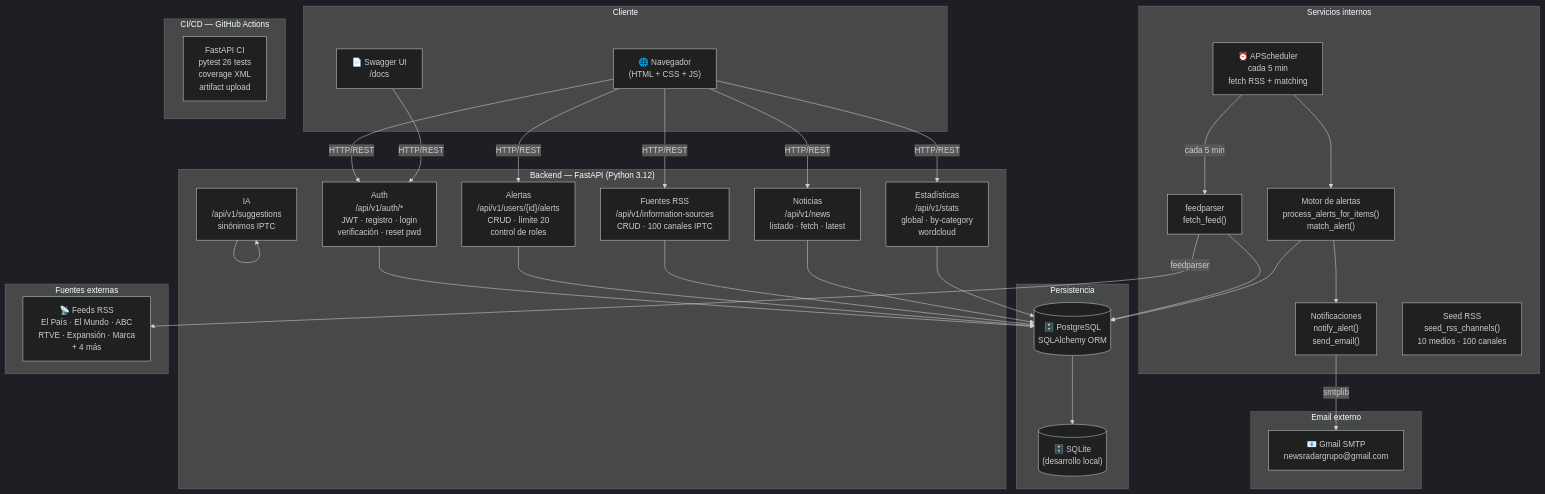
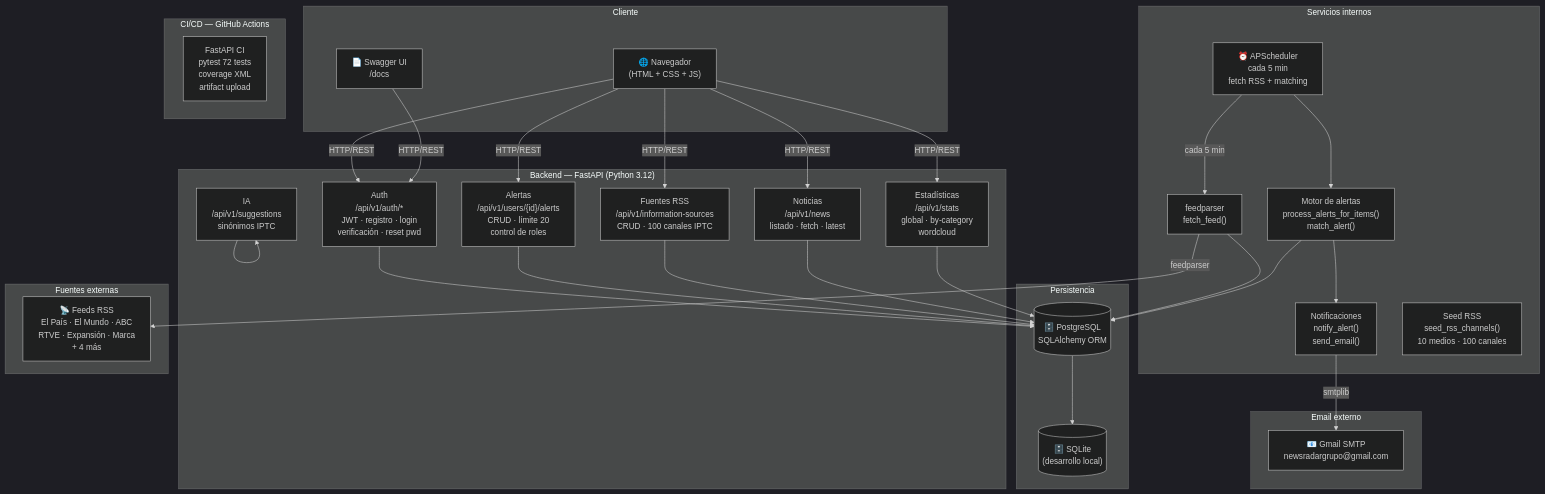
One commit to devops-uc3m-grupo2-org/devops_uc3m_grupo2 changed the first of 4 diagrams in docs/arquitectura.md. Above: the diagram before and after it, drawn with Mermaid (dark theme). The commit also changed 3 other files, not shown here.

````diff
--- a/docs/arquitectura.md
+++ b/docs/arquitectura.md
@@ -5,65 +5,65 @@
 ```mermaid
 graph TB
     subgraph Cliente
         Browser["🌐 Navegador\n(HTML + CSS + JS)"]
         Swagger["📄 Swagger UI\n/docs"]
     end
 
     subgraph API["Backend — FastAPI (Python 3.12)"]
         Auth["Auth\n/api/v1/auth/*\nJWT · registro · login\nverificación · reset pwd"]
         Alerts["Alertas\n/api/v1/users/{id}/alerts\nCRUD · límite 20\ncontrol de roles"]
         Sources["Fuentes RSS\n/api/v1/information-sources\nCRUD · 100 canales IPTC"]
         News["Noticias\n/api/v1/news\nlistado · fetch · latest"]
         Stats["Estadísticas\n/api/v1/stats\nglobal · by-category\nwordcloud"]
         AI["IA\n/api/v1/suggestions\nsinónimos IPTC"]
     end
 
     subgraph Servicios["Servicios internos"]
         Scheduler["⏰ APScheduler\ncada 5 min\nfetch RSS + matching"]
         Fetcher["feedparser\nfetch_feed()"]
         AlertLogic["Motor de alertas\nprocess_alerts_for_items()\nmatch_alert()"]
         Notifier["Notificaciones\nnotify_alert()\nsend_email()"]
         Seed["Seed RSS\nseed_rss_channels()\n10 medios · 100 canales"]
     end
 
     subgraph Datos["Persistencia"]
         DB[("🗄️ PostgreSQL\nSQLAlchemy ORM")]
         SQLite[("🗄️ SQLite\n(desarrollo local)")]
     end
 
     subgraph Email["Email externo"]
         SMTP["📧 Gmail SMTP\nnewsradargrupo@gmail.com"]
     end
 
     subgraph RSS["Fuentes externas"]
         Feeds["📡 Feeds RSS\nEl País · El Mundo · ABC\nRTVE · Expansión · Marca\n+ 4 más"]
     end
 
     subgraph CI["CI/CD — GitHub Actions"]
-        Pipeline["FastAPI CI\npytest 26 tests\ncoverage XML\nartifact upload"]
+        Pipeline["FastAPI CI\npytest 72 tests\ncoverage XML\nartifact upload"]
     end
 
     Browser -->|HTTP/REST| Auth
     Browser -->|HTTP/REST| Alerts
     Browser -->|HTTP/REST| Sources
     Browser -->|HTTP/REST| News
     Browser -->|HTTP/REST| Stats
     Swagger -->|HTTP/REST| Auth
 
     Auth --> DB
     Alerts --> DB
     Sources --> DB
     News --> DB
     Stats --> DB
     AI --> AI
 
     Scheduler -->|cada 5 min| Fetcher
     Fetcher -->|feedparser| Feeds
     Fetcher --> DB
     Scheduler --> AlertLogic
     AlertLogic --> DB
     AlertLogic --> Notifier
     Notifier -->|smtplib| SMTP
 
     DB --> SQLite
 ```
````
